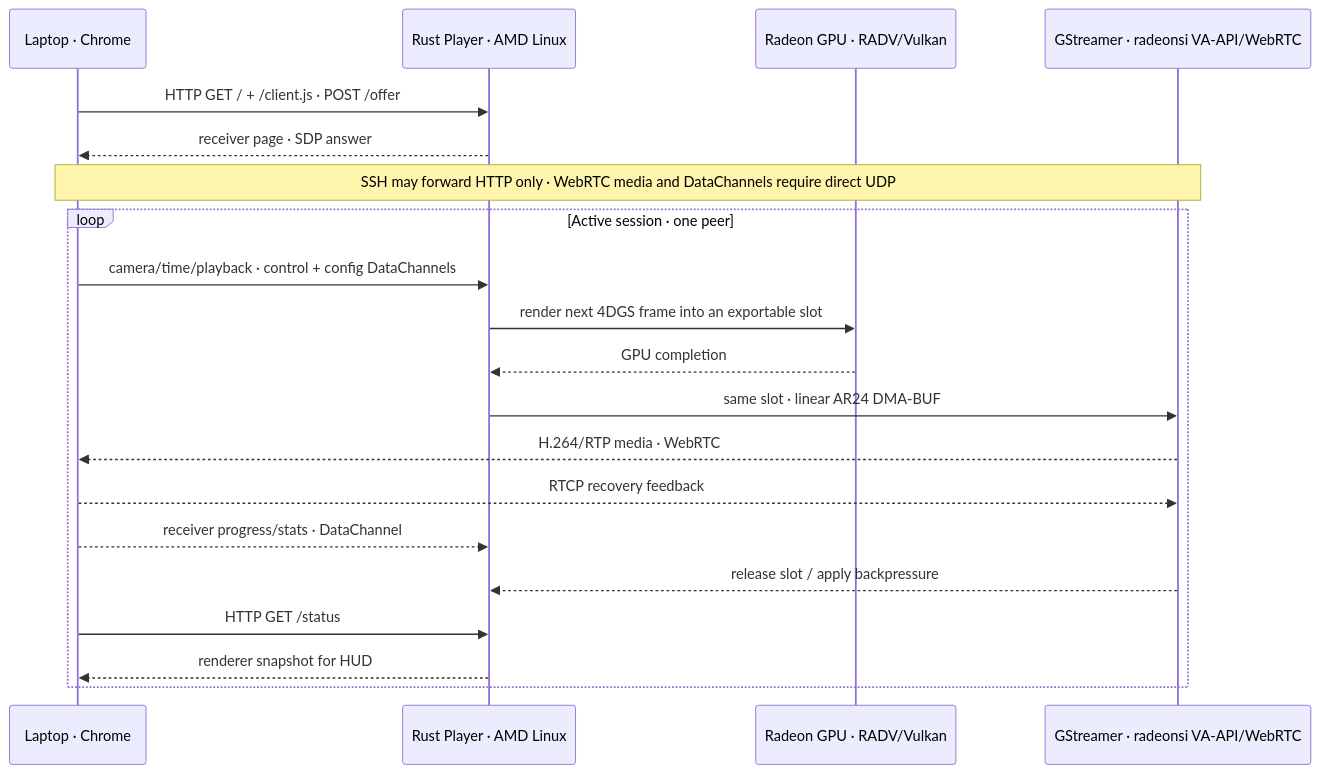
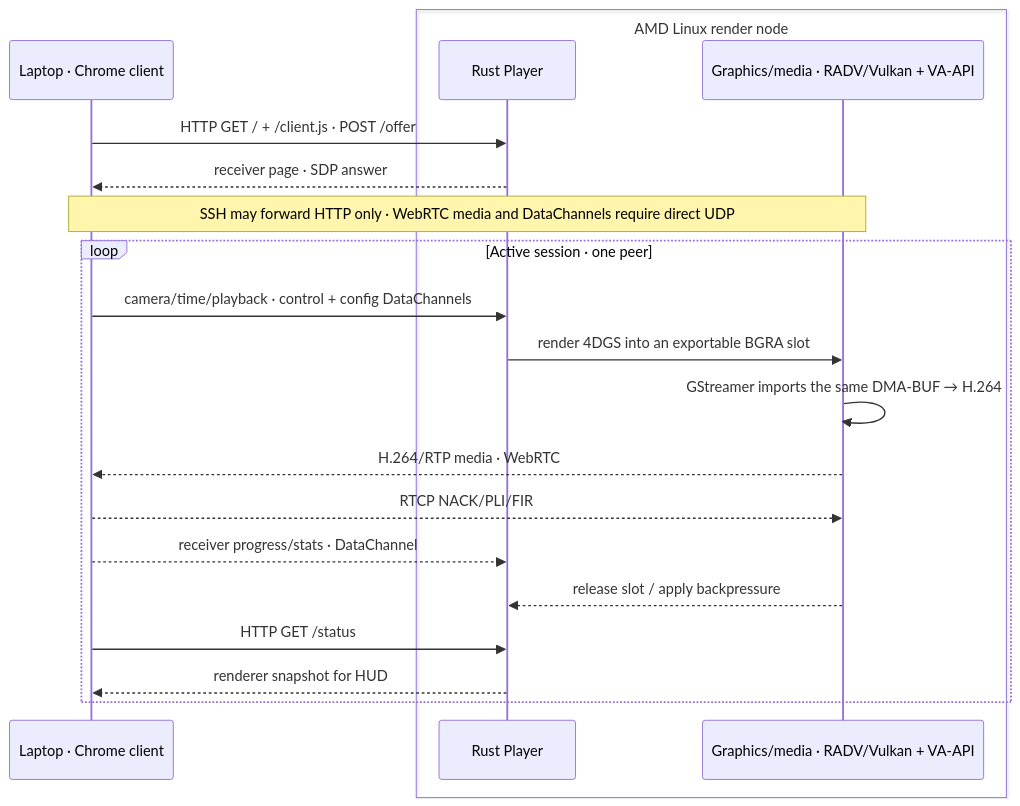
One commit to phi-media-lab/4dgs-viewer-Phi changed the second of 2 diagrams in README.md. Above: the diagram before and after it, drawn with Mermaid. The commit also changed 1 other file, not shown here.

Commit message:
Clarify the server-client service lanes

````diff
--- a/README.md
+++ b/README.md
@@ -59,24 +59,24 @@
 ```mermaid
 sequenceDiagram
-    participant C as Laptop · Chrome
-    participant P as Rust Player · AMD Linux
-    participant G as Radeon GPU · RADV/Vulkan
-    participant M as GStreamer · radeonsi VA-API/WebRTC
+    participant C as Laptop · Chrome client
+    box AMD Linux render node
+        participant P as Rust Player
+        participant A as Graphics/media · RADV/Vulkan + VA-API
+    end
 
     C->>P: HTTP GET / + /client.js · POST /offer
     P-->>C: receiver page · SDP answer
-    Note over C,M: SSH may forward HTTP only · WebRTC media and DataChannels require direct UDP
+    Note over C,A: SSH may forward HTTP only · WebRTC media and DataChannels require direct UDP
 
     loop Active session · one peer
         C->>P: camera/time/playback · control + config DataChannels
-        P->>G: render next 4DGS frame into an exportable slot
-        G-->>P: GPU completion
-        P->>M: same slot · linear AR24 DMA-BUF
-        M-->>C: H.264/RTP media · WebRTC
-        C-->>M: RTCP recovery feedback
+        P->>A: render 4DGS into an exportable BGRA slot
+        A->>A: GStreamer imports the same DMA-BUF → H.264
+        A-->>C: H.264/RTP media · WebRTC
+        C-->>A: RTCP NACK/PLI/FIR
         C-->>P: receiver progress/stats · DataChannel
-        M-->>P: release slot / apply backpressure
+        A-->>P: release slot / apply backpressure
         C->>P: HTTP GET /status
         P-->>C: renderer snapshot for HUD
     end
 ```
````
